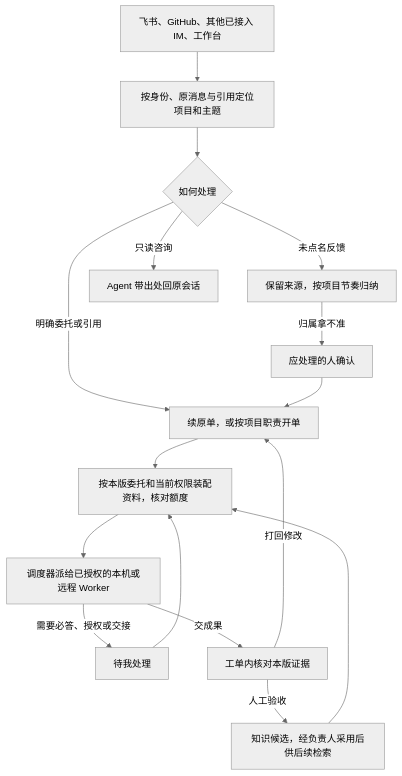
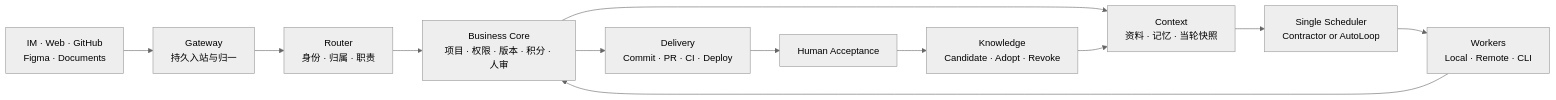
The diagram in README.md (zhegong-996/Contractor), drawn with Mermaid (neutral theme) before and after one commit. The commit also changed other lines of this file and 13 other files, not shown here.

````diff
--- a/README.md
+++ b/README.md
@@ -11,18 +38,14 @@
 ```mermaid
-flowchart TD
-    A["飞书、GitHub、其他已接入 IM、工作台"] --> B["按身份、原消息与引用定位项目和主题"]
-    B --> C{"如何处理"}
-    C -->|"未点名反馈"| D["保留来源，按项目节奏归纳"]
-    C -->|"只读咨询"| E["Agent 带出处回原会话"]
-    C -->|"明确委托或引用"| F["续原单，或按项目职责开单"]
-    D -->|"归属拿不准"| H["应处理的人确认"]
-    H --> F
-    F --> I["按本版委托和当前权限装配资料，核对额度"]
-    I --> J["调度器派给已授权的本机或远程 Worker"]
-    J -->|"需要必答、授权或交接"| K["待我处理"]
-    K --> I
-    J -->|"交成果"| L["工单内核对本版证据"]
-    L -->|"打回修改"| F
-    L -->|"人工验收"| M["知识候选，经负责人采用后供后续检索"]
-    M --> I
+flowchart LR
+    A["IM · Web · GitHub<br/>Figma · Documents"] --> B["Gateway<br/>持久入站与归一"]
+    B --> C["Router<br/>身份 · 归属 · 职责"]
+    C --> D["Business Core<br/>项目 · 权限 · 版本 · 积分 · 人审"]
+    D --> E["Context<br/>资料 · 记忆 · 当轮快照"]
+    E --> F["Single Scheduler<br/>Contractor or AutoLoop"]
+    F --> G["Workers<br/>Local · Remote · CLI"]
+    G --> D
+    D --> H["Delivery<br/>Commit · PR · CI · Deploy"]
+    H --> I["Human Acceptance"]
+    I --> J["Knowledge<br/>Candidate · Adopt · Revoke"]
+    J --> E
 ```
````
